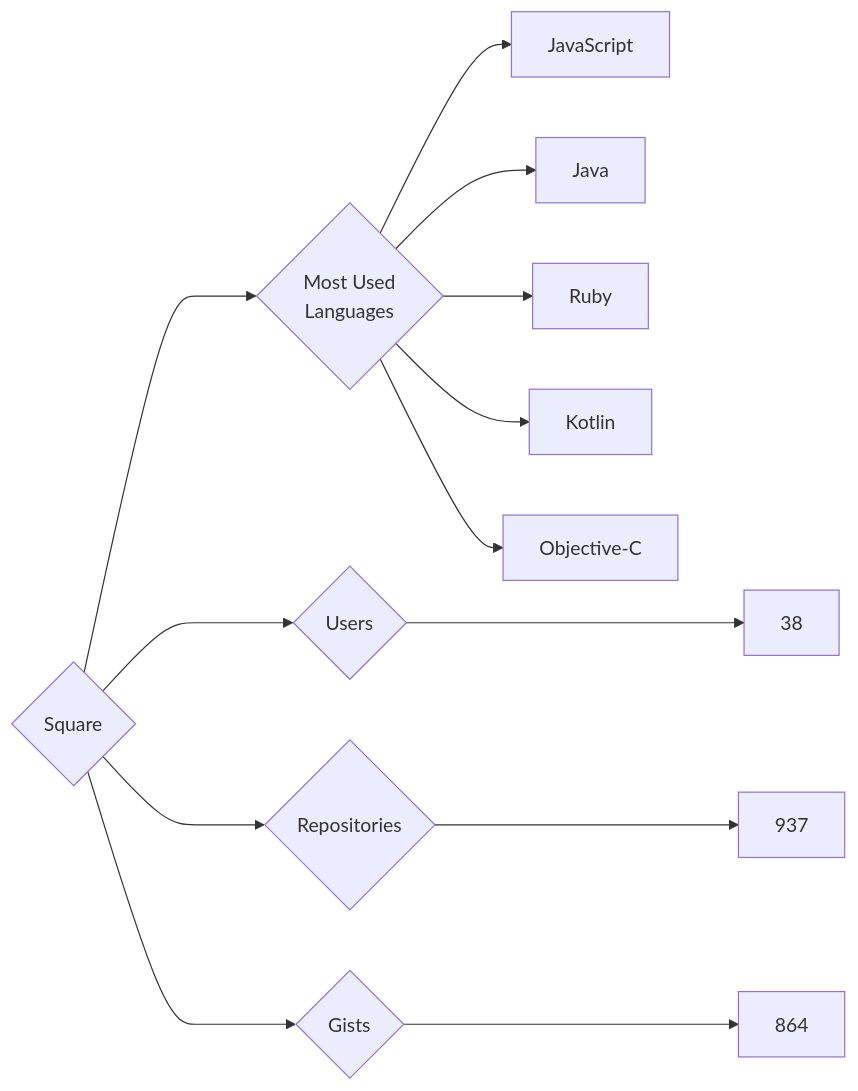
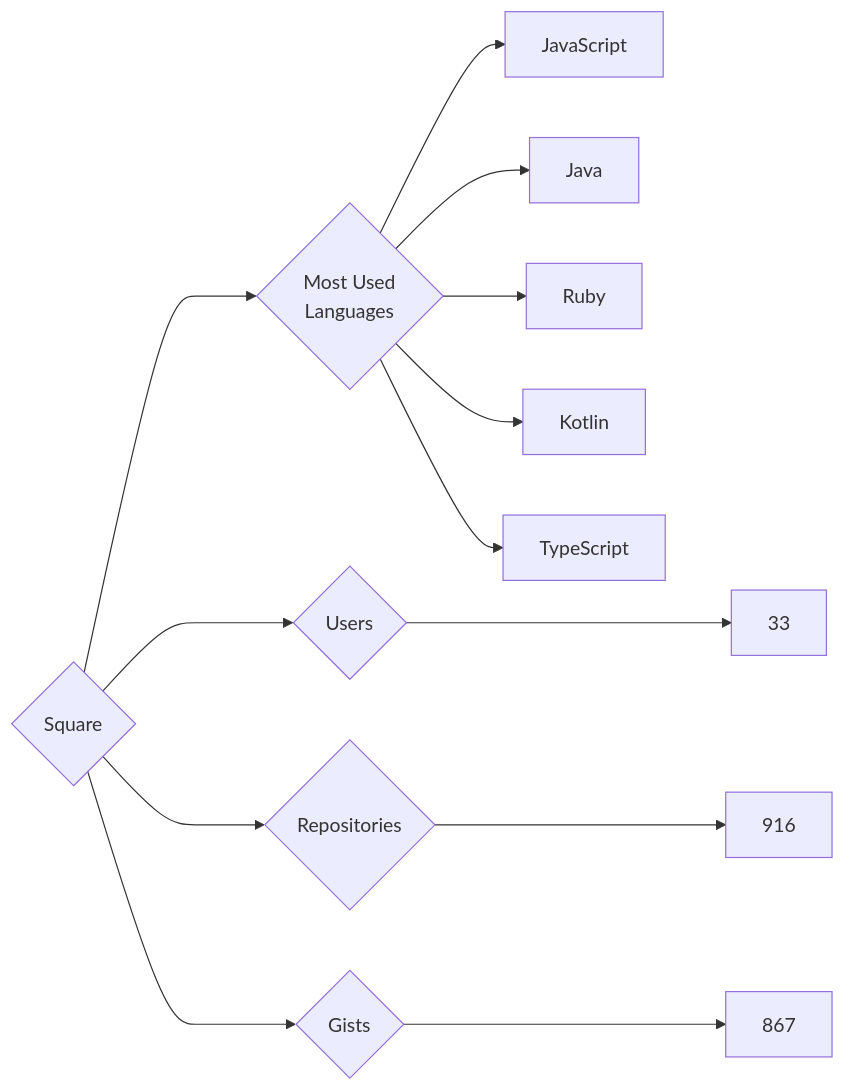
One commit to trickest/insiders changed the diagram in targets/Square/README.md. Above: the diagram before and after it, drawn with Mermaid. The commit also changed 948 other files, not shown here.

````diff
--- a/targets/Square/README.md
+++ b/targets/Square/README.md
@@ -3,13 +3,13 @@
 ```mermaid
 graph LR
 COMPANY_NAME{Square}
-COMPANY_NAME ---> U{Users} ---> UN[38]
-COMPANY_NAME ---> R{Repositories} ---> RN[937]
-COMPANY_NAME ---> G{Gists} ---> GN[864]
+COMPANY_NAME ---> U{Users} ---> UN[33]
+COMPANY_NAME ---> R{Repositories} ---> RN[916]
+COMPANY_NAME ---> G{Gists} ---> GN[867]
 COMPANY_NAME ---> ML{Most Used<br>Languages}
 ML --> JavaScript[JavaScript]
 ML --> Java[Java]
 ML --> Ruby[Ruby]
 ML --> Kotlin[Kotlin]
-ML --> Objective-C[Objective-C]
+ML --> TypeScript[TypeScript]
 ```
````
